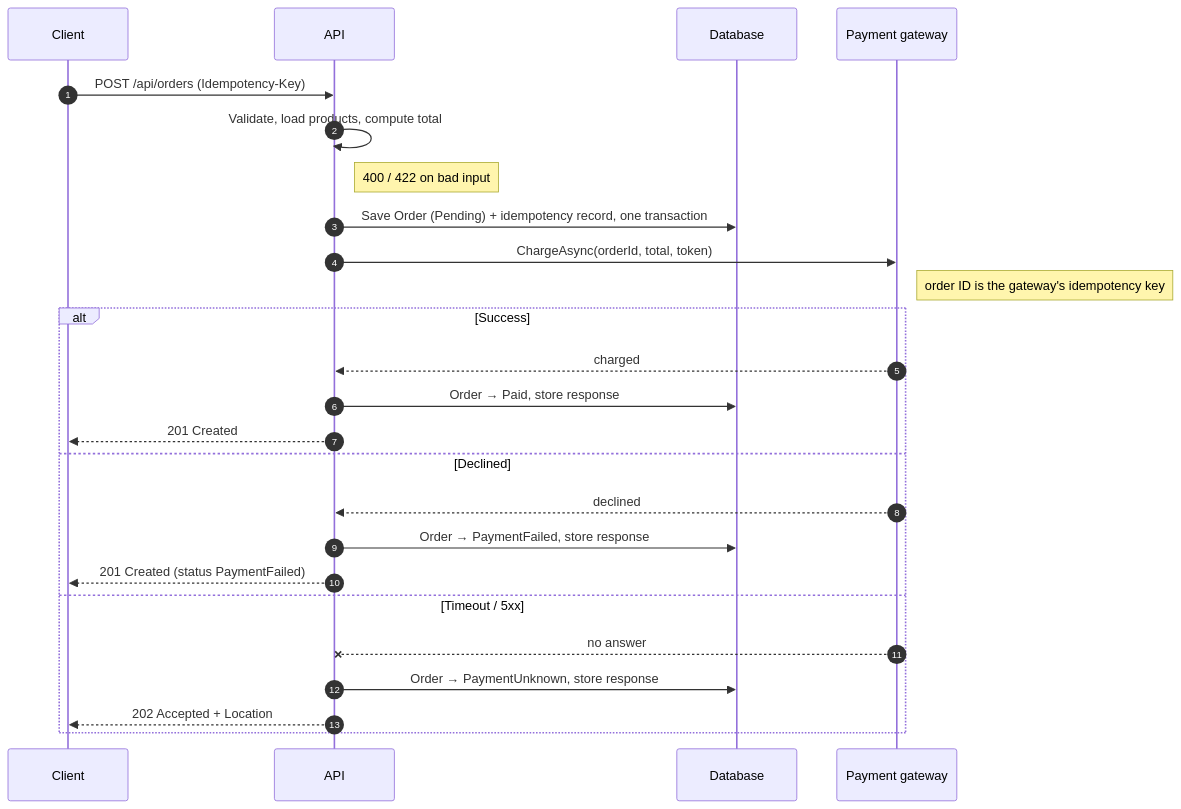
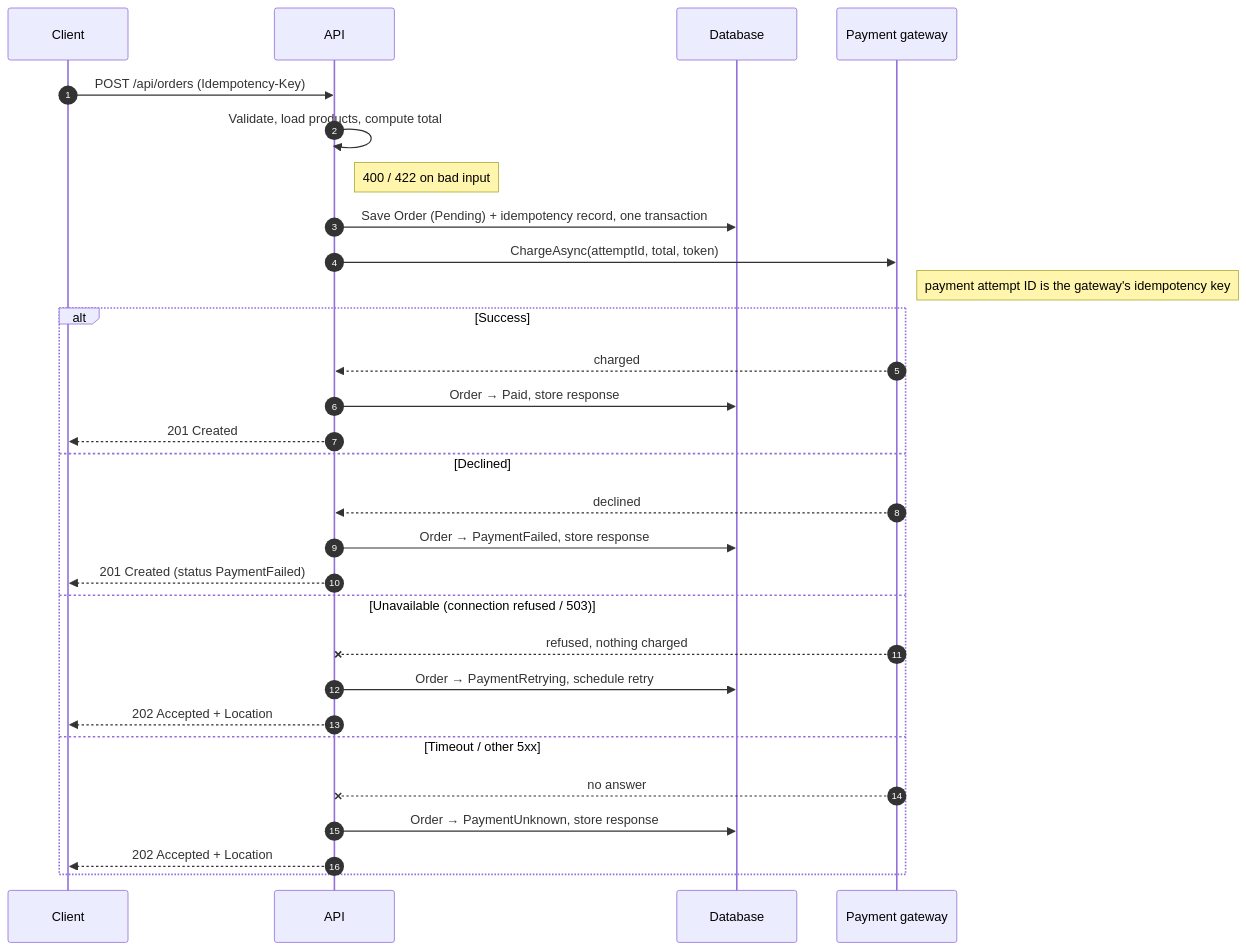
One commit to tony-engineering/storefront-blueprint changed the third of 4 diagrams in ARCHITECTURE.md. Above: the diagram before and after it, drawn with Mermaid. The commit also changed other lines of this file and 17 other files, not shown here.

````diff
--- a/ARCHITECTURE.md
+++ b/ARCHITECTURE.md
@@ -150,28 +174,32 @@
 ```mermaid
 sequenceDiagram
     autonumber
     participant C as Client
     participant A as API
     participant DB as Database
     participant G as Payment gateway
 
     C->>A: POST /api/orders (Idempotency-Key)
     A->>A: Validate, load products, compute total
     Note right of A: 400 / 422 on bad input
     A->>DB: Save Order (Pending) + idempotency record, one transaction
-    A->>G: ChargeAsync(orderId, total, token)
-    Note right of G: order ID is the gateway's idempotency key
+    A->>G: ChargeAsync(attemptId, total, token)
+    Note right of G: payment attempt ID is the gateway's idempotency key
     alt Success
         G-->>A: charged
         A->>DB: Order → Paid, store response
         A-->>C: 201 Created
     else Declined
         G-->>A: declined
         A->>DB: Order → PaymentFailed, store response
         A-->>C: 201 Created (status PaymentFailed)
-    else Timeout / 5xx
+    else Unavailable (connection refused / 503)
+        G--xA: refused, nothing charged
+        A->>DB: Order → PaymentRetrying, schedule retry
+        A-->>C: 202 Accepted + Location
+    else Timeout / other 5xx
         G--xA: no answer
         A->>DB: Order → PaymentUnknown, store response
         A-->>C: 202 Accepted + Location
     end
 ```
````
